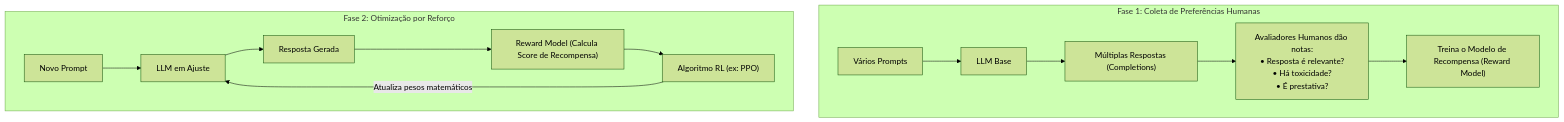
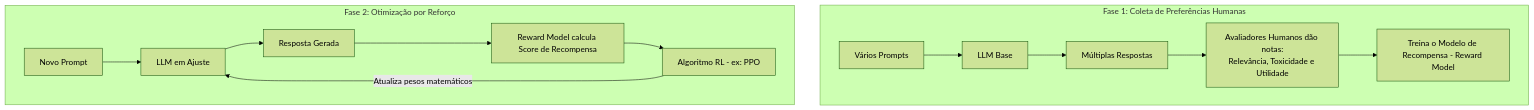
Before and after one commit to LucasMartins-33/Resumo-da-certifica-o-AWS: the seventh of 7 diagrams in Modulo-06-Optimizing-Foundation-Models.md, drawn with Mermaid (forest theme). The commit also changed other lines of this file, not shown here.

````diff
--- a/Modulo-06-Optimizing-Foundation-Models.md
+++ b/Modulo-06-Optimizing-Foundation-Models.md
@@ -316,17 +316,17 @@
 ```mermaid
 flowchart TD
     subgraph Fase1 ["Fase 1: Coleta de Preferências Humanas"]
         P1["Vários Prompts"] --> LLM1["LLM Base"]
-        LLM1 --> C1["Múltiplas Respostas (Completions)"]
-        C1 --> HE["Avaliadores Humanos dão notas:\n• Resposta é relevante?\n• Há toxicidade?\n• É prestativa?"]
-        HE --> RM["Treina o Modelo de Recompensa (Reward Model)"]
+        LLM1 --> C1["Múltiplas Respostas"]
+        C1 --> HE["Avaliadores Humanos dão notas:<br/>Relevância, Toxicidade e Utilidade"]
+        HE --> RM["Treina o Modelo de Recompensa - Reward Model"]
     end
 
     subgraph Fase2 ["Fase 2: Otimização por Reforço"]
         P2["Novo Prompt"] --> LLM2["LLM em Ajuste"]
         LLM2 --> RES["Resposta Gerada"]
-        RES --> RM2["Reward Model (Calcula Score de Recompensa)"]
-        RM2 --> RLA["Algoritmo RL (ex: PPO)"]
+        RES --> RM2["Reward Model calcula Score de Recompensa"]
+        RM2 --> RLA["Algoritmo RL - ex: PPO"]
         RLA -->|"Atualiza pesos matemáticos"| LLM2
     end
 ```
````
